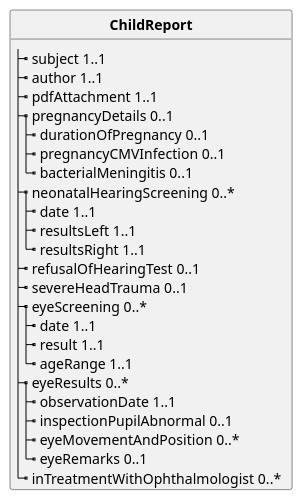
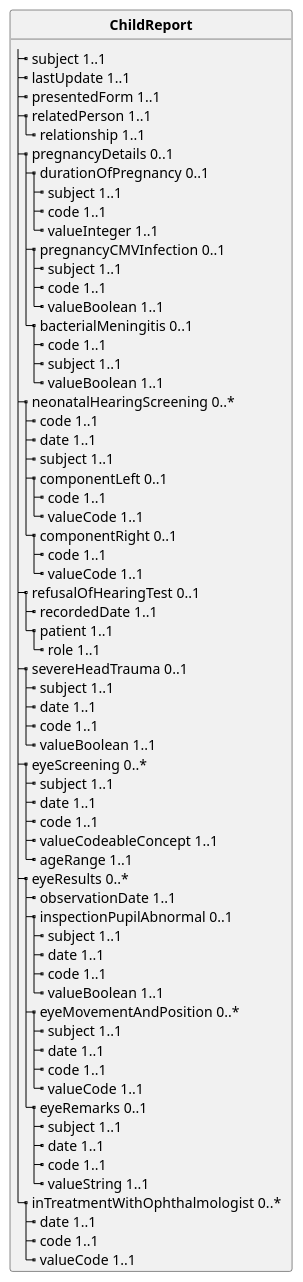
Before and after one commit to hl7-be/childrecord: the diagram in input/images-source/childrecordmodel.plantuml, drawn with PlantUML. The commit also changed 2 other files, not shown here.

```diff
--- a/input/images-source/childrecordmodel.plantuml
+++ b/input/images-source/childrecordmodel.plantuml
@@ -1,31 +1,72 @@
 @startuml
 skinparam linetype polyline
 hide circle
 hide stereotype
 
 class "**ChildReport**" as ChildReport {
   |_ subject 1..1   
-  |_ author 1..1   
-  |_ pdfAttachment 1..1   
+  |_ lastUpdate 1..1   
+  |_ presentedForm 1..1   
+  |_ relatedPerson 1..1   
+    |_ relationship 1..1   
   |_ pregnancyDetails 0..1   
     |_ durationOfPregnancy 0..1   
+      |_ subject 1..1   
+      |_ code 1..1   
+      |_ valueInteger 1..1   
     |_ pregnancyCMVInfection 0..1   
+      |_ subject 1..1   
+      |_ code 1..1   
+      |_ valueBoolean 1..1   
     |_ bacterialMeningitis 0..1   
+      |_ code 1..1   
+      |_ subject 1..1   
+      |_ valueBoolean 1..1   
   |_ neonatalHearingScreening 0..*   
+    |_ code 1..1   
     |_ date 1..1   
-    |_ resultsLeft 1..1   
-    |_ resultsRight 1..1   
+    |_ subject 1..1   
+    |_ componentLeft 0..1   
+      |_ code 1..1   
+      |_ valueCode 1..1   
+    |_ componentRight 0..1   
+      |_ code 1..1   
+      |_ valueCode 1..1   
   |_ refusalOfHearingTest 0..1   
+    |_ recordedDate 1..1   
+    |_ patient 1..1   
+      |_ role 1..1   
   |_ severeHeadTrauma 0..1   
+    |_ subject 1..1   
+    |_ date 1..1   
+    |_ code 1..1   
+    |_ valueBoolean 1..1   
   |_ eyeScreening 0..*   
+    |_ subject 1..1   
     |_ date 1..1   
-    |_ result 1..1   
+    |_ code 1..1   
+    |_ valueCodeableConcept 1..1   
     |_ ageRange 1..1   
   |_ eyeResults 0..*   
     |_ observationDate 1..1   
     |_ inspectionPupilAbnormal 0..1   
+      |_ subject 1..1   
+      |_ date 1..1   
+      |_ code 1..1   
+      |_ valueBoolean 1..1   
     |_ eyeMovementAndPosition 0..*   
+      |_ subject 1..1   
+      |_ date 1..1   
+      |_ code 1..1   
+      |_ valueCode 1..1   
     |_ eyeRemarks 0..1   
+      |_ subject 1..1   
+      |_ date 1..1   
+      |_ code 1..1   
+      |_ valueString 1..1   
   |_ inTreatmentWithOphthalmologist 0..*   
+    |_ date 1..1   
+    |_ code 1..1   
+    |_ valueCode 1..1   
 }
 @enduml
```
